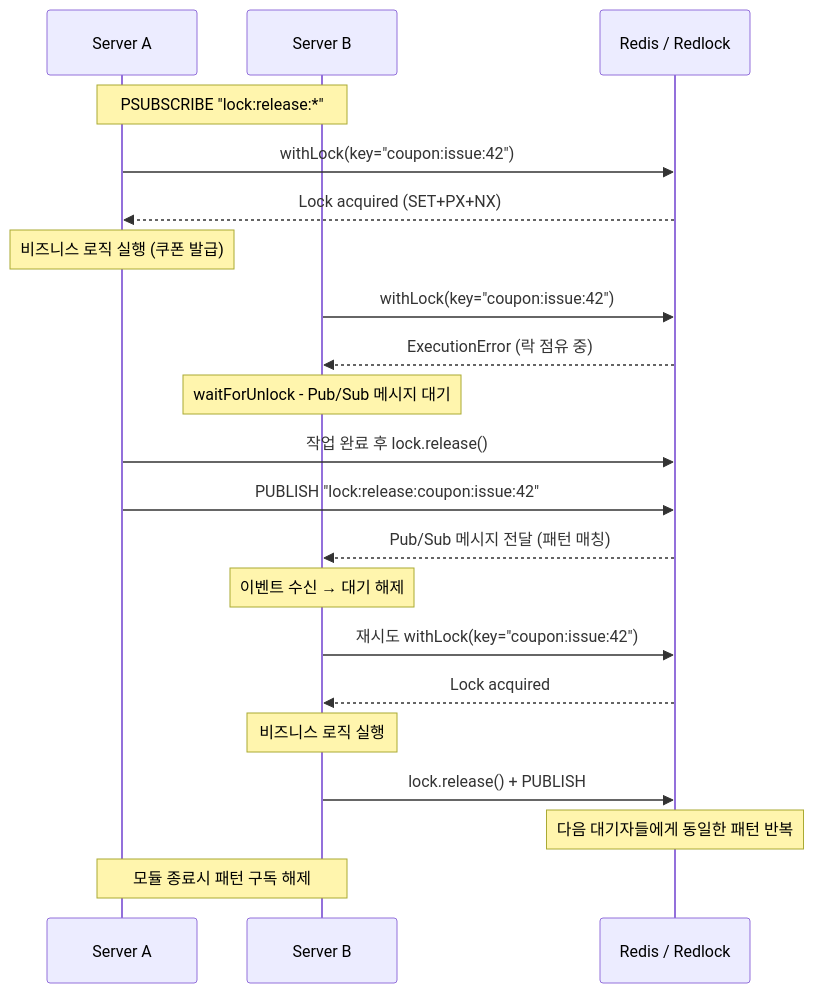
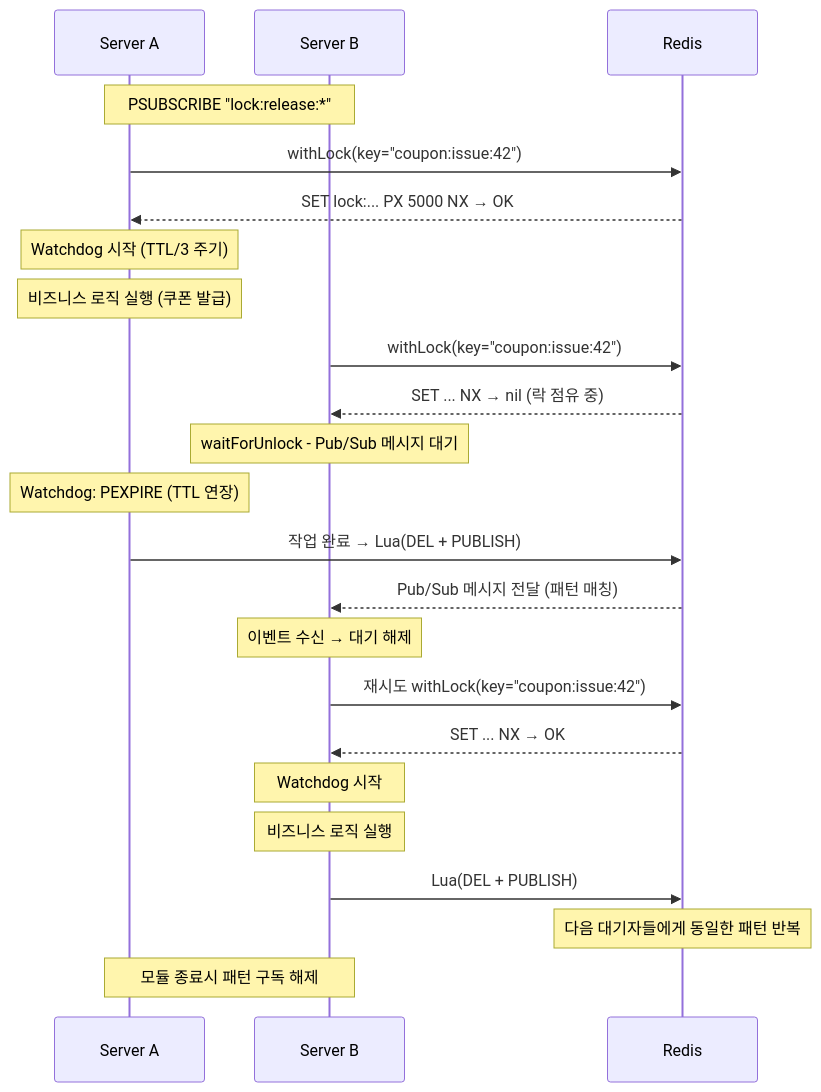
The diagram in docs/REDIS_LOCK_TIMELINE.md (overist/hhd-plus-e-commerce), drawn with Mermaid before and after one commit. The commit also changed other lines of this file and 5 other files, not shown here.

````diff
--- a/docs/REDIS_LOCK_TIMELINE.md
+++ b/docs/REDIS_LOCK_TIMELINE.md
@@ -14,30 +14,33 @@
 ```mermaid
 sequenceDiagram
     participant A as Server A
     participant B as Server B
-    participant R as Redis / Redlock
+    participant R as Redis
 
     Note over A,B: PSUBSCRIBE "lock:release:*"
 
     A->>R: withLock(key="coupon:issue:42")
-    R-->>A: Lock acquired (SET+PX+NX)
+    R-->>A: SET lock:... PX 5000 NX → OK
+    Note over A: Watchdog 시작 (TTL/3 주기)
     Note over A: 비즈니스 로직 실행 (쿠폰 발급)
 
     B->>R: withLock(key="coupon:issue:42")
-    R-->>B: ExecutionError (락 점유 중)
+    R-->>B: SET ... NX → nil (락 점유 중)
     Note over B: waitForUnlock - Pub/Sub 메시지 대기
 
-    A->>R: 작업 완료 후 lock.release()
-    A->>R: PUBLISH "lock:release:coupon:issue:42"
+    Note over A: Watchdog: PEXPIRE (TTL 연장)
+
+    A->>R: 작업 완료 → Lua(DEL + PUBLISH)
     R-->>B: Pub/Sub 메시지 전달 (패턴 매칭)
     Note over B: 이벤트 수신 → 대기 해제
 
     B->>R: 재시도 withLock(key="coupon:issue:42")
-    R-->>B: Lock acquired
+    R-->>B: SET ... NX → OK
+    Note over B: Watchdog 시작
     Note over B: 비즈니스 로직 실행
 
-    B->>R: lock.release() + PUBLISH
+    B->>R: Lua(DEL + PUBLISH)
     Note over R: 다음 대기자들에게 동일한 패턴 반복
 
     Note over A,B: 모듈 종료시 패턴 구독 해제
 ```
````
